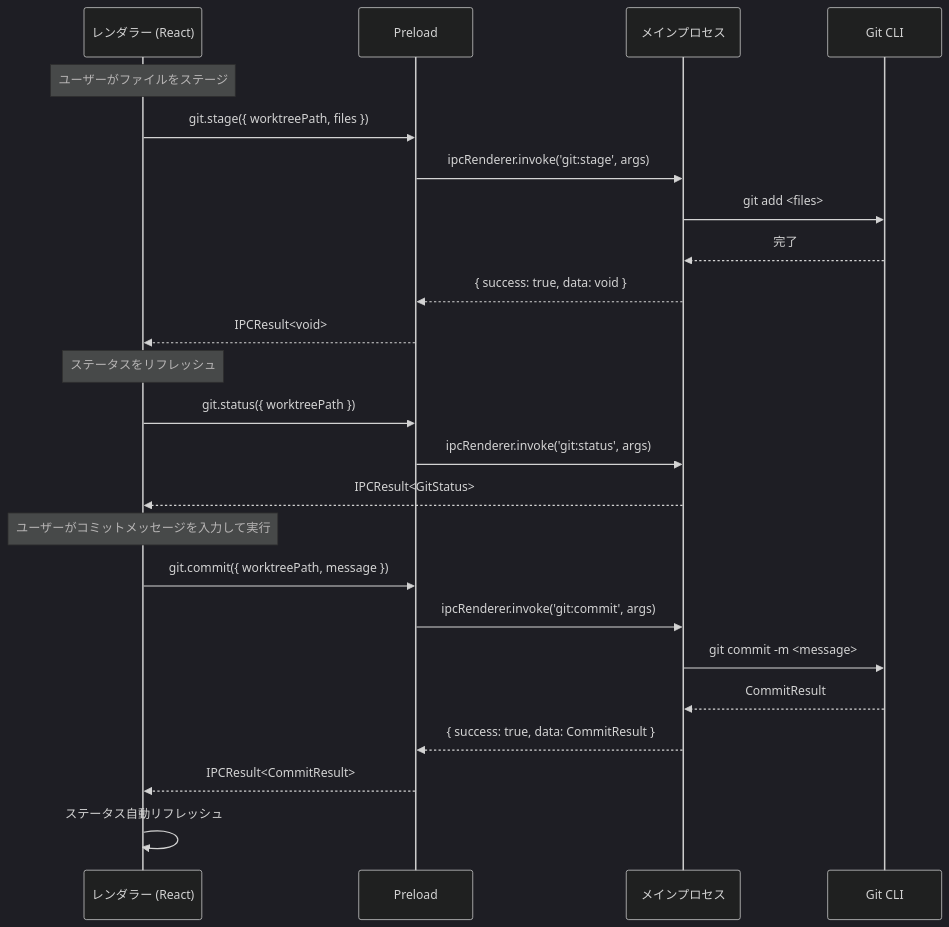
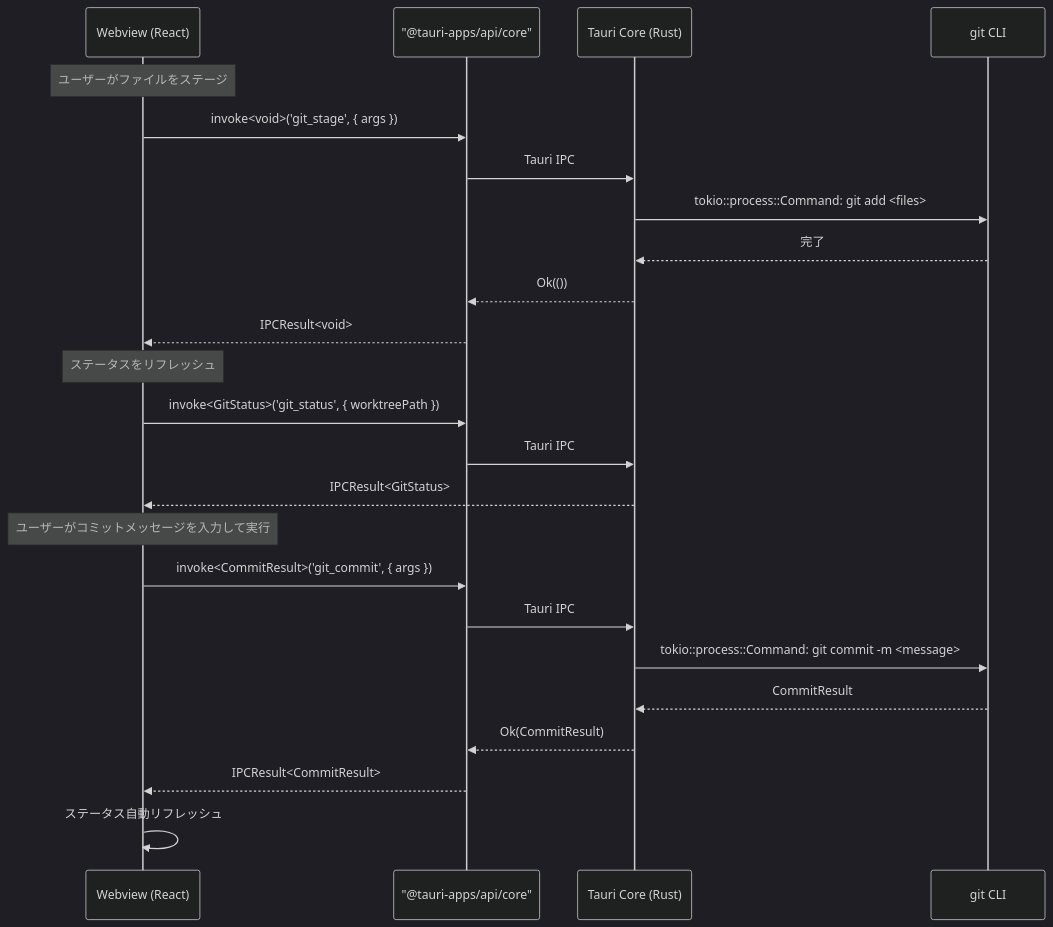
The first of 3 diagrams in .sdd/specification/basic-git-operations_spec.md (ToshikiImagawa/Buruma), drawn with Mermaid before and after one commit. The commit also changed other lines of this file and 7 other files, not shown here.

````diff
--- a/.sdd/specification/basic-git-operations_spec.md
+++ b/.sdd/specification/basic-git-operations_spec.md
@@ -316,30 +315,30 @@
 ```mermaid
 %%{init: {'theme': 'dark'}}%%
 sequenceDiagram
-    participant Renderer as レンダラー (React)
-    participant Preload as Preload
-    participant Main as メインプロセス
-    participant Git as Git CLI
+    participant Webview as Webview (React)
+    participant Invoke as "@tauri-apps/api/core"
+    participant Core as Tauri Core (Rust)
+    participant Git as git CLI
 
-    Note over Renderer: ユーザーがファイルをステージ
-    Renderer ->> Preload: git.stage({ worktreePath, files })
-    Preload ->> Main: ipcRenderer.invoke('git:stage', args)
-    Main ->> Git: git add <files>
-    Git -->> Main: 完了
-    Main -->> Preload: { success: true, data: void }
-    Preload -->> Renderer: IPCResult<void>
+    Note over Webview: ユーザーがファイルをステージ
+    Webview ->> Invoke: invoke<void>('git_stage', { args })
+    Invoke ->> Core: Tauri IPC
+    Core ->> Git: tokio::process::Command: git add <files>
+    Git -->> Core: 完了
+    Core -->> Invoke: Ok(())
+    Invoke -->> Webview: IPCResult<void>
 
-    Note over Renderer: ステータスをリフレッシュ
-    Renderer ->> Preload: git.status({ worktreePath })
-    Preload ->> Main: ipcRenderer.invoke('git:status', args)
-    Main -->> Renderer: IPCResult<GitStatus>
+    Note over Webview: ステータスをリフレッシュ
+    Webview ->> Invoke: invoke<GitStatus>('git_status', { worktreePath })
+    Invoke ->> Core: Tauri IPC
+    Core -->> Webview: IPCResult<GitStatus>
 
-    Note over Renderer: ユーザーがコミットメッセージを入力して実行
-    Renderer ->> Preload: git.commit({ worktreePath, message })
-    Preload ->> Main: ipcRenderer.invoke('git:commit', args)
-    Main ->> Git: git commit -m <message>
-    Git -->> Main: CommitResult
-    Main -->> Preload: { success: true, data: CommitResult }
-    Preload -->> Renderer: IPCResult<CommitResult>
-    Renderer ->> Renderer: ステータス自動リフレッシュ
+    Note over Webview: ユーザーがコミットメッセージを入力して実行
+    Webview ->> Invoke: invoke<CommitResult>('git_commit', { args })
+    Invoke ->> Core: Tauri IPC
+    Core ->> Git: tokio::process::Command: git commit -m <message>
+    Git -->> Core: CommitResult
+    Core -->> Invoke: Ok(CommitResult)
+    Invoke -->> Webview: IPCResult<CommitResult>
+    Webview ->> Webview: ステータス自動リフレッシュ
 ```
````
